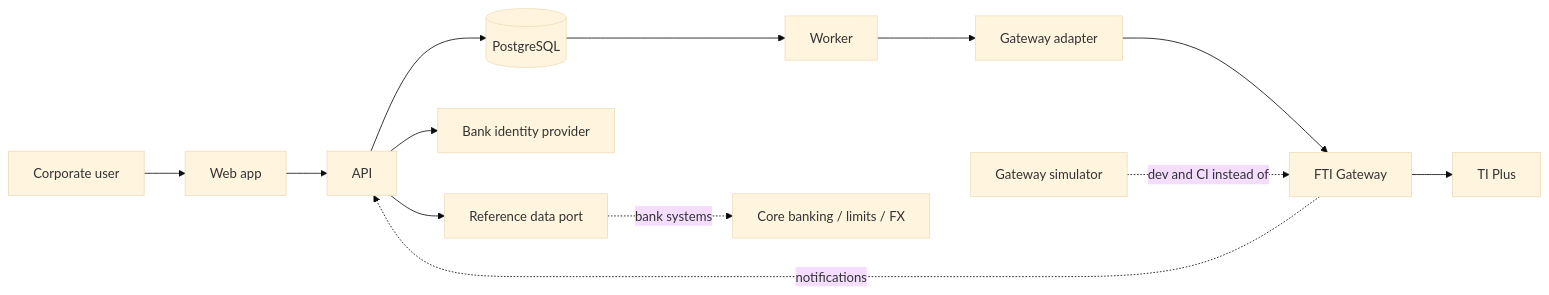
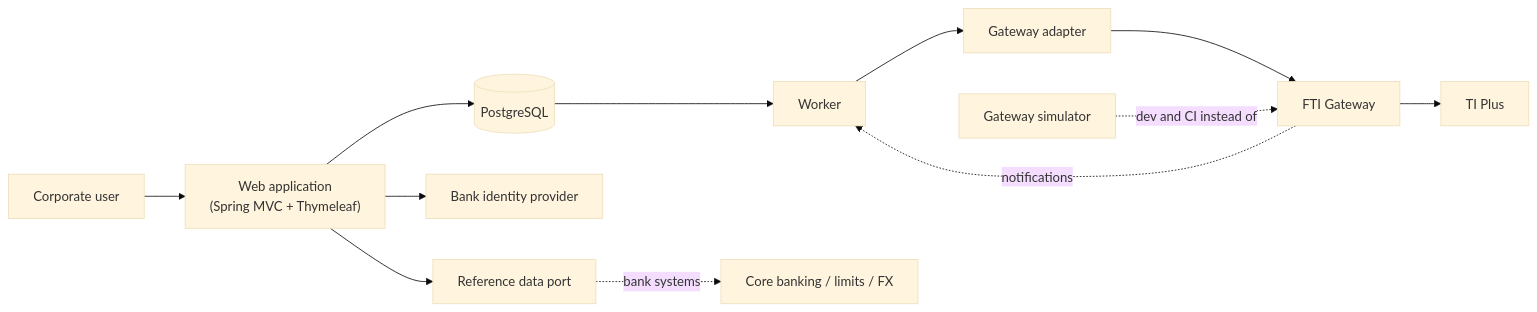
One commit to shamsara73/trade_corporate_channel changed the diagram in docs/architecture/README.md. Above: the diagram before and after it, drawn with Mermaid (base theme). The commit also changed other lines of this file and 15 other files, not shown here.

First line of the commit message:
Switch the proposed stack to Java 21, Spring Boot and Thymeleaf

````diff
--- a/docs/architecture/README.md
+++ b/docs/architecture/README.md
@@ -24,15 +24,14 @@
 ```mermaid
 flowchart LR
-    U[Corporate user] --> WEB[Web app]
-    WEB --> API[API]
-    API --> DB[(PostgreSQL)]
+    U[Corporate user] --> WEB["Web application<br/>(Spring MVC + Thymeleaf)"]
+    WEB --> DB[(PostgreSQL)]
     DB --> WRK[Worker]
     WRK --> ADP[Gateway adapter]
     ADP --> GW[FTI Gateway]
     GW --> TI[TI Plus]
-    GW -. notifications .-> API
-    API --> IDP[Bank identity provider]
-    API --> REF[Reference data port]
+    GW -. notifications .-> WRK
+    WEB --> IDP[Bank identity provider]
+    WEB --> REF[Reference data port]
     REF -. bank systems .-> HOST[Core banking / limits / FX]
     SIM[Gateway simulator] -. dev and CI instead of .-> GW
 ```
````
